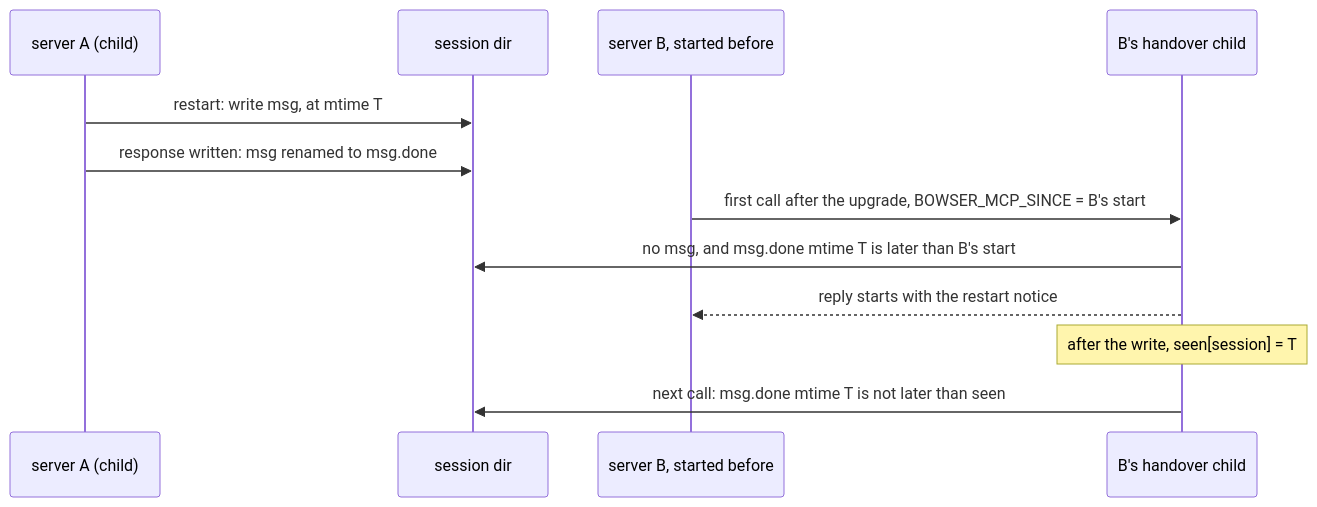
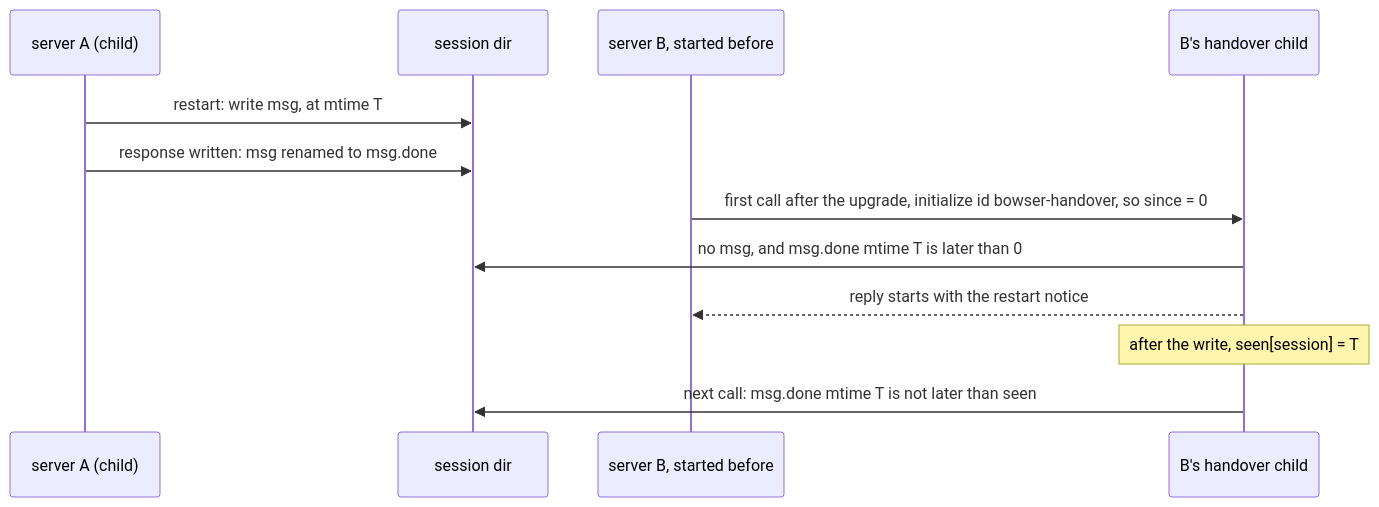
The diagram in docs/superpowers/specs/2026-10-30-late-restart-notice-design.md (drakulavich/bowser), drawn with Mermaid before and after one commit. The commit also changed other lines of this file, not shown here.

First line of the commit message:
docs(spec): handover child takes since 0; second-call and README/CHANGELOG criteria (#261)

````diff
--- a/docs/superpowers/specs/2026-10-30-late-restart-notice-design.md
+++ b/docs/superpowers/specs/2026-10-30-late-restart-notice-design.md
@@ -80,14 +86,14 @@
 ```mermaid
 sequenceDiagram
   participant A as server A (child)
   participant S as session dir
   participant B as server B, started before
   participant B2 as B's handover child
   A->>S: restart: write msg, at mtime T
   A->>S: response written: msg renamed to msg.done
-  B->>B2: first call after the upgrade, BOWSER_MCP_SINCE = B's start
-  B2->>S: no msg, and msg.done mtime T is later than B's start
+  B->>B2: first call after the upgrade, initialize id bowser-handover, so since = 0
+  B2->>S: no msg, and msg.done mtime T is later than 0
   B2-->>B: reply starts with the restart notice
   Note over B2: after the write, seen[session] = T
   B2->>S: next call: msg.done mtime T is not later than seen
 ```
````
